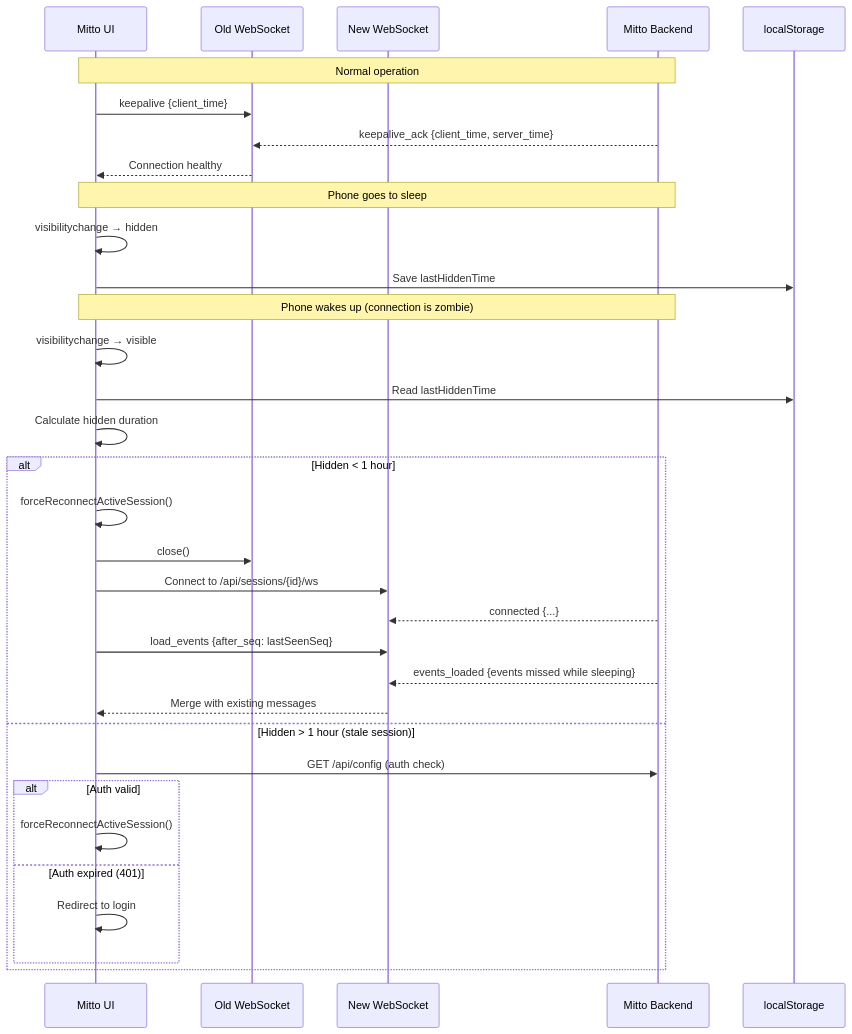
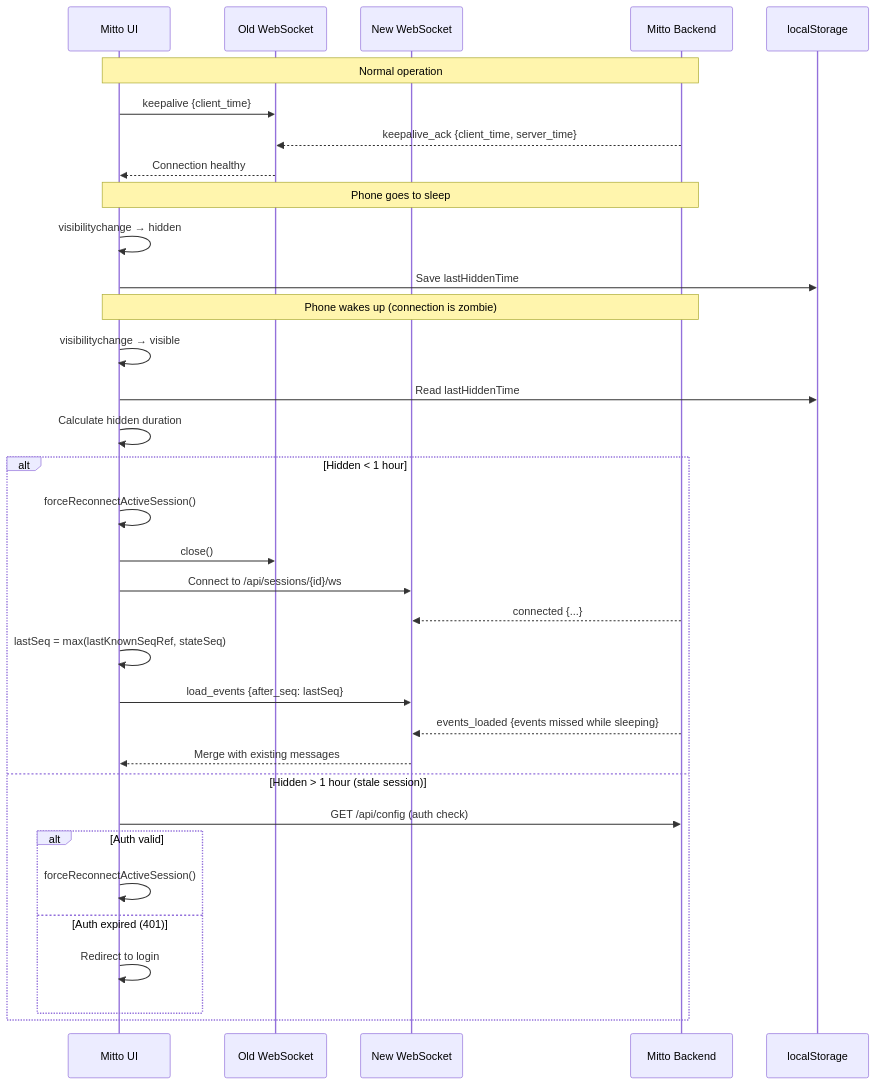
One commit to inercia/mitto changed the third of 14 diagrams in docs/devel/websockets/communication-flows.md. Above: the diagram before and after it, drawn with Mermaid. The commit also changed other lines of this file and 9 other files, not shown here.

````diff
--- a/docs/devel/websockets/communication-flows.md
+++ b/docs/devel/websockets/communication-flows.md
@@ -99,39 +102,40 @@
 ```mermaid
 sequenceDiagram
     participant UI as Mitto UI
     participant OldWS as Old WebSocket
     participant NewWS as New WebSocket
     participant Backend as Mitto Backend
     participant Storage as localStorage
 
     Note over UI,Backend: Normal operation
     UI->>OldWS: keepalive {client_time}
     Backend-->>OldWS: keepalive_ack {client_time, server_time}
     OldWS-->>UI: Connection healthy
 
     Note over UI,Backend: Phone goes to sleep
     UI->>UI: visibilitychange → hidden
     UI->>Storage: Save lastHiddenTime
 
     Note over UI,Backend: Phone wakes up (connection is zombie)
     UI->>UI: visibilitychange → visible
     UI->>Storage: Read lastHiddenTime
     UI->>UI: Calculate hidden duration
 
     alt Hidden < 1 hour
         UI->>UI: forceReconnectActiveSession()
         UI->>OldWS: close()
         UI->>NewWS: Connect to /api/sessions/{id}/ws
         Backend-->>NewWS: connected {...}
-        UI->>NewWS: load_events {after_seq: lastSeenSeq}
+        UI->>UI: lastSeq = max(lastKnownSeqRef, stateSeq)
+        UI->>NewWS: load_events {after_seq: lastSeq}
         Backend-->>NewWS: events_loaded {events missed while sleeping}
         NewWS-->>UI: Merge with existing messages
     else Hidden > 1 hour (stale session)
         UI->>Backend: GET /api/config (auth check)
         alt Auth valid
             UI->>UI: forceReconnectActiveSession()
         else Auth expired (401)
             UI->>UI: Redirect to login
         end
     end
 ```
````
